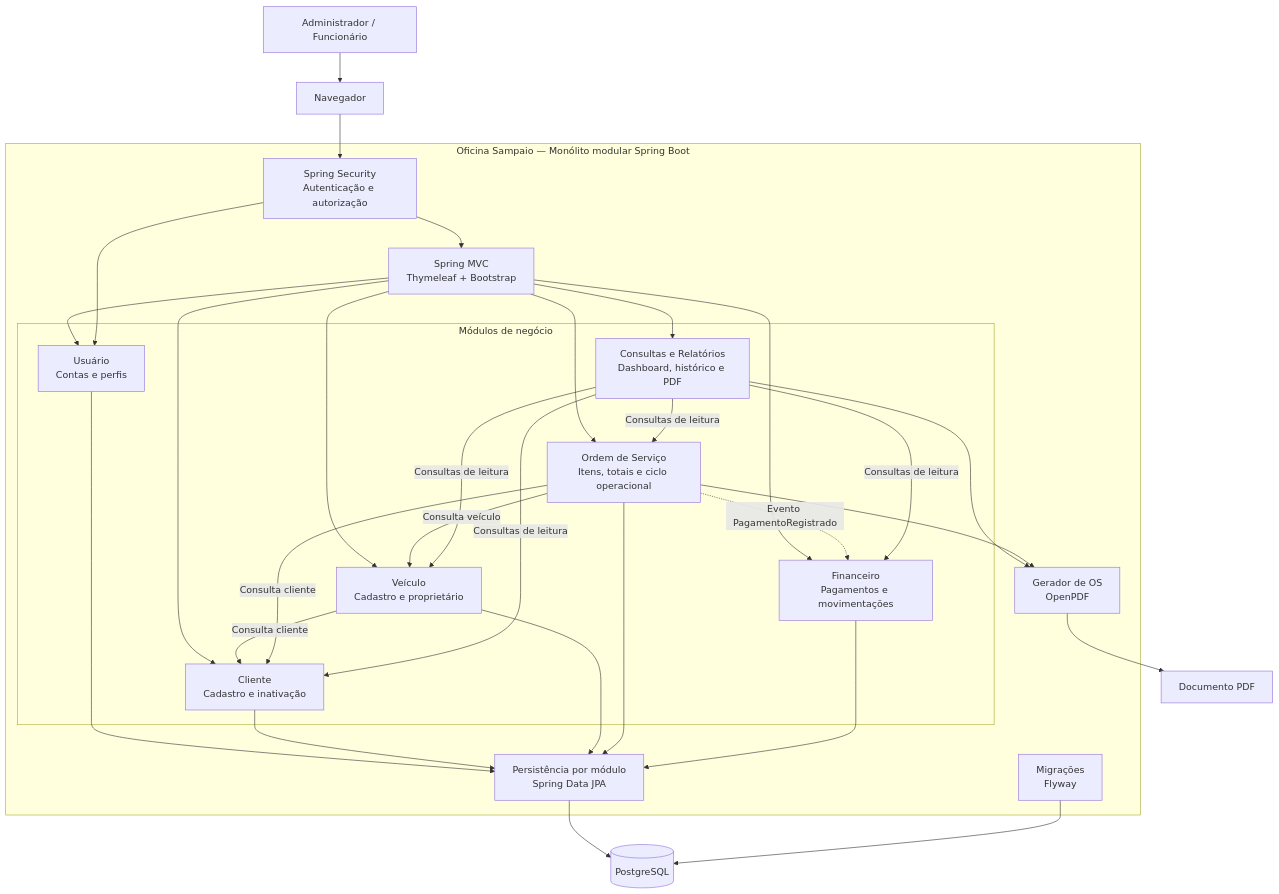
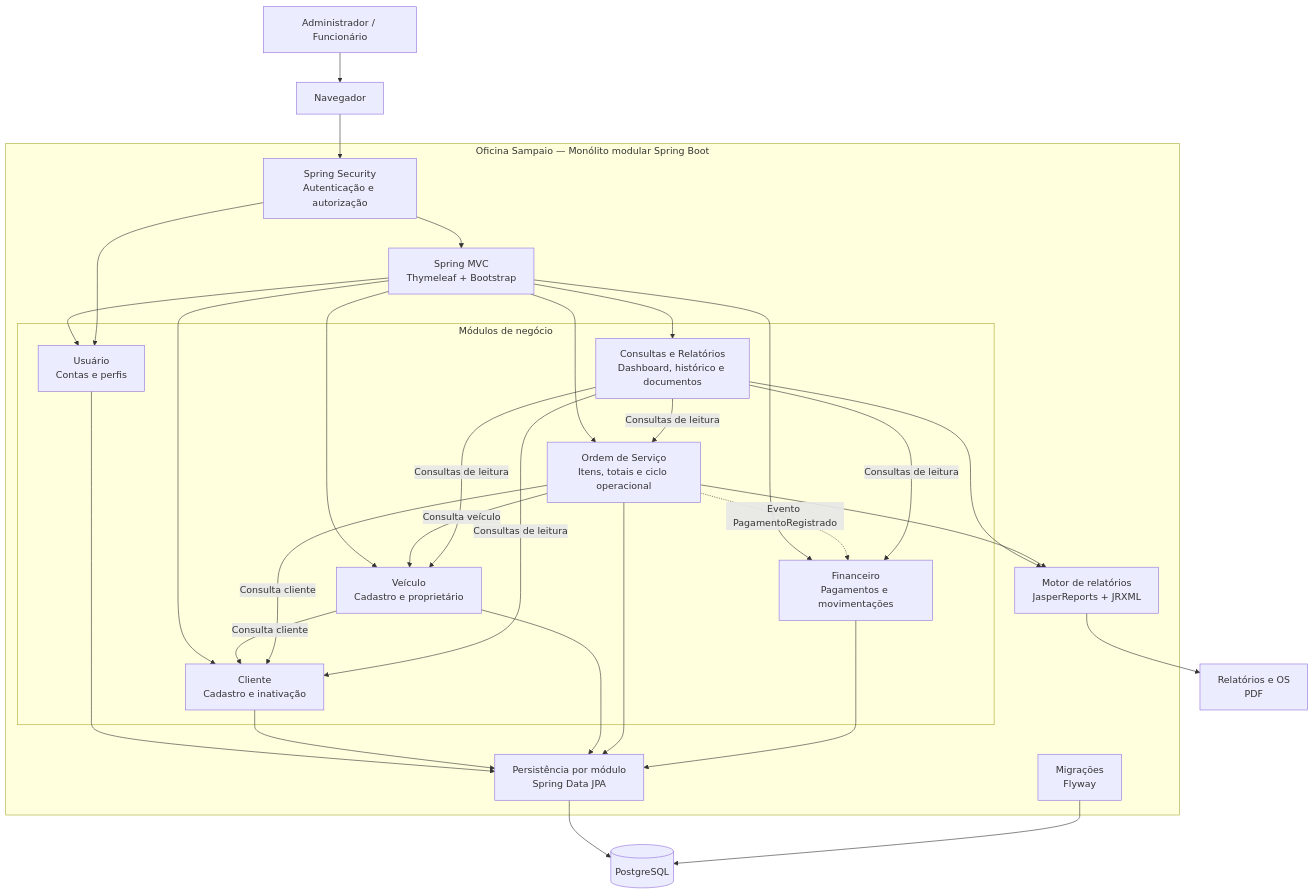
Before and after one commit to LeonardoAlvesDeSouza/oficina-sampaio: the first of 6 diagrams in docs/architecture.md, drawn with Mermaid. The commit also changed other lines of this file and 12 other files, not shown here.

````diff
--- a/docs/architecture.md
+++ b/docs/architecture.md
@@ -10,52 +10,52 @@
 ```mermaid
 flowchart TB
     actor["Administrador / Funcionário"] --> browser["Navegador"]
     browser --> security["Spring Security<br/>Autenticação e autorização"]
 
     subgraph system["Oficina Sampaio — Monólito modular Spring Boot"]
         security --> web["Spring MVC<br/>Thymeleaf + Bootstrap"]
 
         subgraph modules["Módulos de negócio"]
             usuario["Usuário<br/>Contas e perfis"]
             cliente["Cliente<br/>Cadastro e inativação"]
             veiculo["Veículo<br/>Cadastro e proprietário"]
             ordem["Ordem de Serviço<br/>Itens, totais e ciclo operacional"]
             financeiro["Financeiro<br/>Pagamentos e movimentações"]
-            relatorio["Consultas e Relatórios<br/>Dashboard, histórico e PDF"]
+            relatorio["Consultas e Relatórios<br/>Dashboard, histórico e documentos"]
         end
 
         web --> usuario
         web --> cliente
         web --> veiculo
         web --> ordem
         web --> financeiro
         web --> relatorio
 
         security --> usuario
         veiculo -->|"Consulta cliente"| cliente
         ordem -->|"Consulta cliente"| cliente
         ordem -->|"Consulta veículo"| veiculo
         ordem -.->|"Evento PagamentoRegistrado"| financeiro
 
         relatorio -->|"Consultas de leitura"| cliente
         relatorio -->|"Consultas de leitura"| veiculo
         relatorio -->|"Consultas de leitura"| ordem
         relatorio -->|"Consultas de leitura"| financeiro
 
         persistence["Persistência por módulo<br/>Spring Data JPA"]
         migrations["Migrações<br/>Flyway"]
-        pdf["Gerador de OS<br/>OpenPDF"]
+        jasper["Motor de relatórios<br/>JasperReports + JRXML"]
 
         usuario --> persistence
         cliente --> persistence
         veiculo --> persistence
         ordem --> persistence
         financeiro --> persistence
-        relatorio --> pdf
-        ordem --> pdf
+        relatorio --> jasper
+        ordem --> jasper
     end
 
     persistence --> database[("PostgreSQL")]
     migrations --> database
-    pdf --> document["Documento PDF"]
+    jasper --> document["Relatórios e OS<br/>PDF"]
 ```
````
